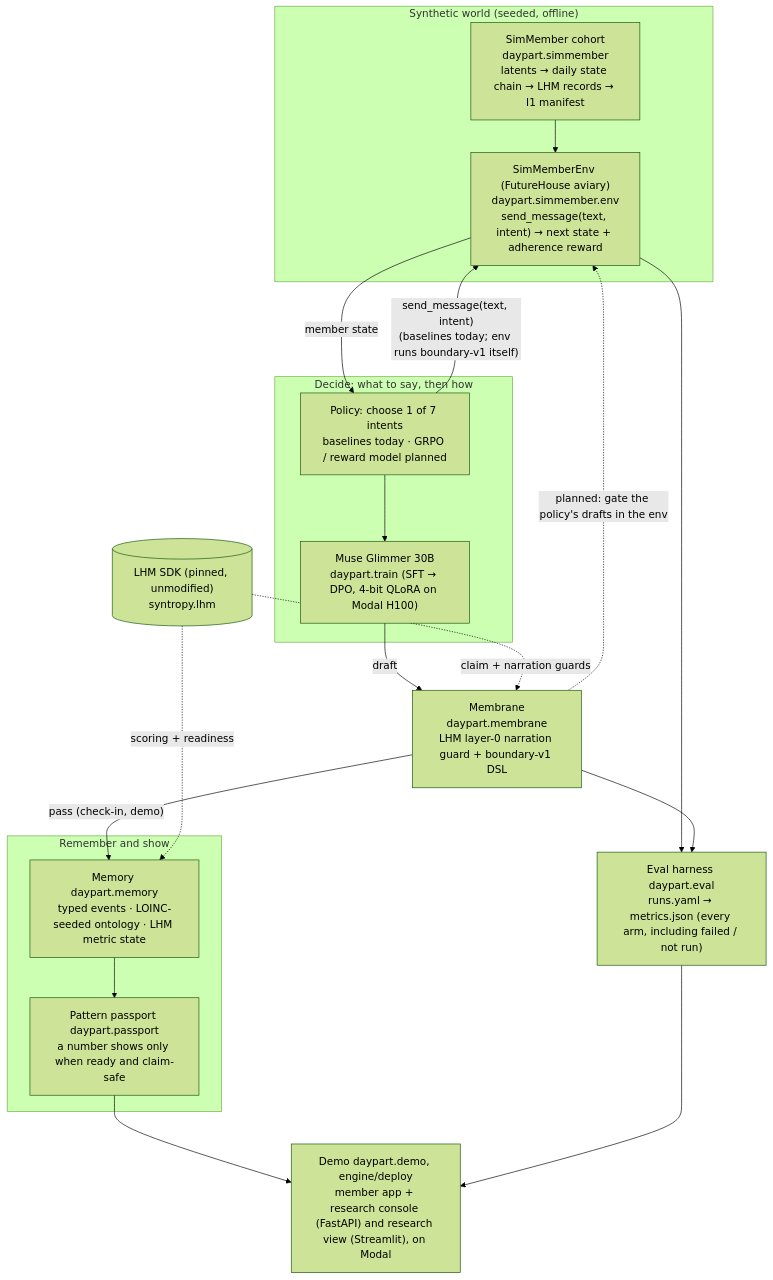
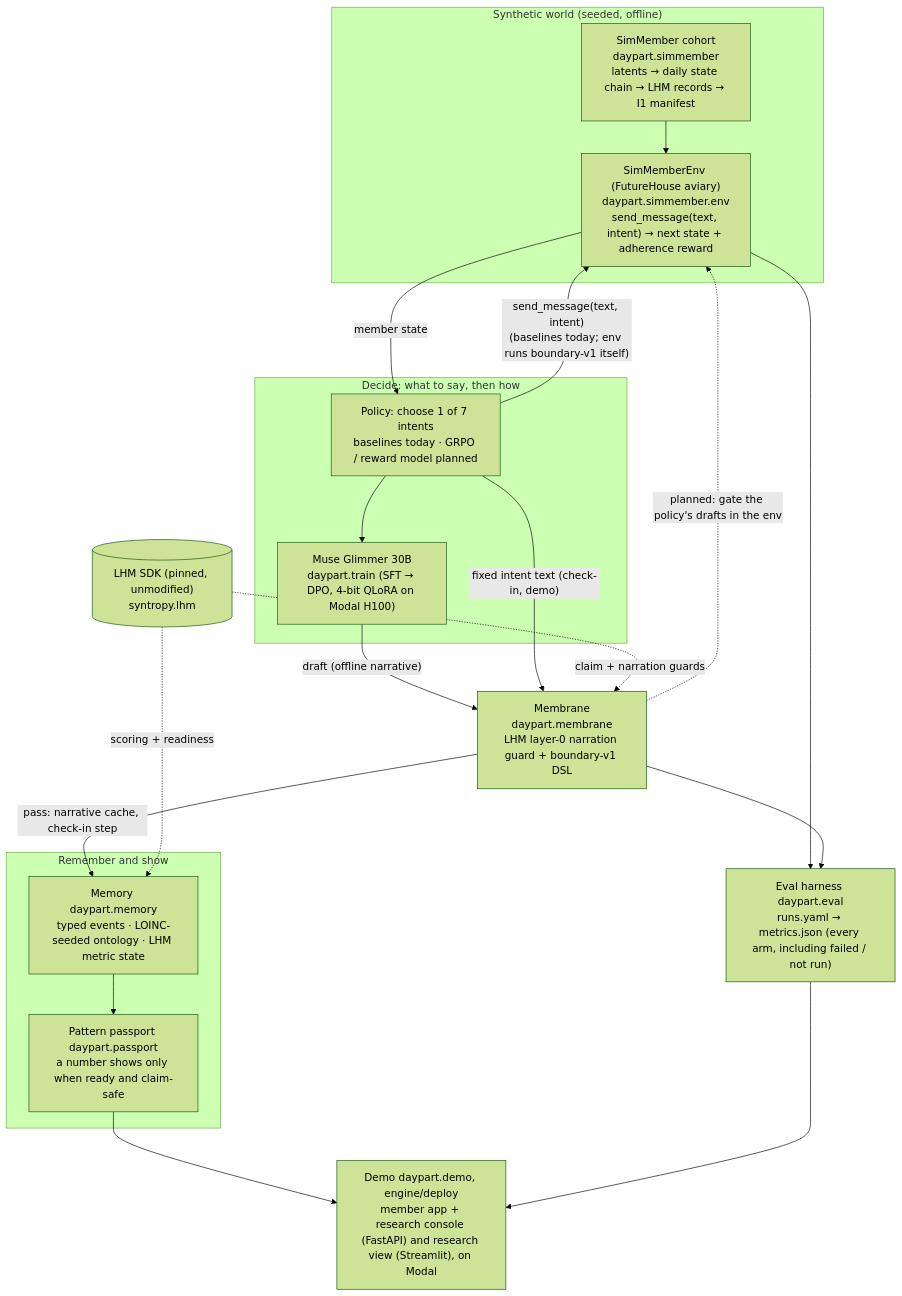
One commit to Syntropy-Health/longevity-memory-sdk changed the first of 6 diagrams in README.md. Above: the diagram before and after it, drawn with Mermaid (forest theme). The commit also changed other lines of this file, not shown here.

First line of the commit message:
TASK-HAC-71 - main/cto for matt-mo: docs(readme): fix HAC-72 H2, check-in/narrative/env paths drawn as built

````diff
--- a/README.md
+++ b/README.md
@@ -27,39 +27,40 @@
 ```mermaid
 flowchart TD
     subgraph WORLD["Synthetic world (seeded, offline)"]
         SM["SimMember cohort<br/>daypart.simmember<br/>latents → daily state chain → LHM records → I1 manifest"]
         ENV["SimMemberEnv (FutureHouse aviary)<br/>daypart.simmember.env<br/>send_message(text, intent) → next state + adherence reward"]
         SM --> ENV
     end
 
     subgraph DECIDE["Decide: what to say, then how"]
         POL["Policy: choose 1 of 7 intents<br/>baselines today · GRPO / reward model planned"]
         LM["Muse Glimmer 30B<br/>daypart.train (SFT → DPO, 4-bit QLoRA on Modal H100)"]
         POL --> LM
     end
 
     MEM["Membrane<br/>daypart.membrane<br/>LHM layer-0 narration guard + boundary-v1 DSL"]
 
     subgraph STATE["Remember and show"]
         MEMORY["Memory daypart.memory<br/>typed events · LOINC-seeded ontology · LHM metric state"]
         PASS["Pattern passport daypart.passport<br/>a number shows only when ready and claim-safe"]
         MEMORY --> PASS
     end
 
     EVAL["Eval harness daypart.eval<br/>runs.yaml → metrics.json (every arm, including failed / not run)"]
     DEMO["Demo daypart.demo, engine/deploy<br/>member app + research console (FastAPI) and research view (Streamlit), on Modal"]
 
     ENV -- member state --> POL
     POL -- "send_message(text, intent)<br/>(baselines today; env runs boundary-v1 itself)" --> ENV
-    LM -- draft --> MEM
-    MEM -- "pass (check-in, demo)" --> MEMORY
+    LM -- "draft (offline narrative)" --> MEM
+    POL -- "fixed intent text (check-in, demo)" --> MEM
+    MEM -- "pass: narrative cache, check-in step" --> MEMORY
     MEM -. "planned: gate the policy's drafts in the env" .-> ENV
     ENV --> EVAL
     MEM --> EVAL
     PASS --> DEMO
     EVAL --> DEMO
 
     LHM[("LHM SDK (pinned, unmodified)<br/>syntropy.lhm")]
     LHM -. claim + narration guards .-> MEM
     LHM -. scoring + readiness .-> MEMORY
 ```
````
